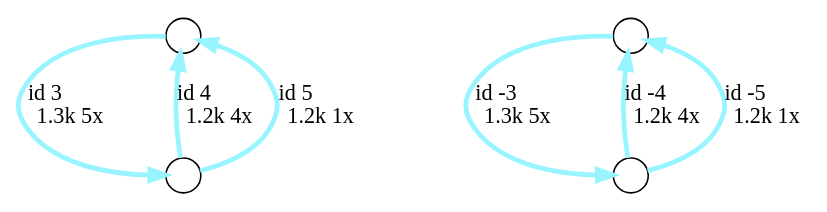
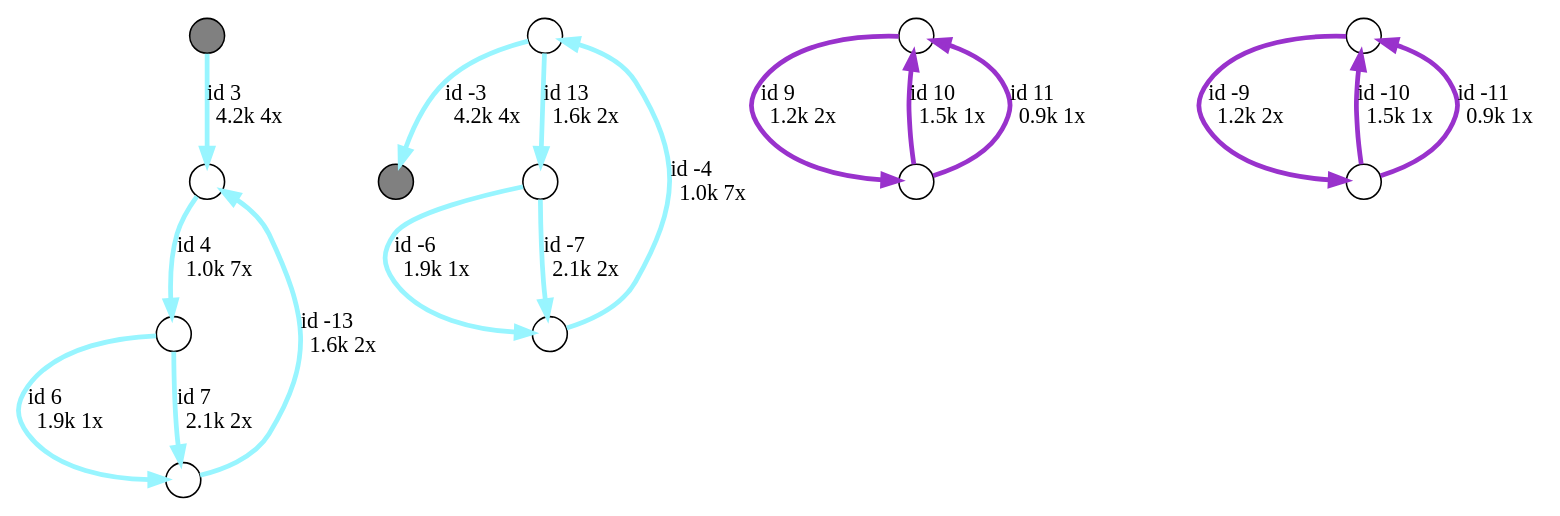
Before and after one commit to GuillaumeLeBerreBIT/ChimereNanoporePipeline: the diagram in workflow/FlyeResults/fastq_runid_211/20-repeat/graph_before_rr.gv, drawn with Graphviz. The commit also changed 33 other files, not shown here.

```diff
--- a/workflow/FlyeResults/fastq_runid_211/20-repeat/graph_before_rr.gv
+++ b/workflow/FlyeResults/fastq_runid_211/20-repeat/graph_before_rr.gv
@@ -1,10 +1,22 @@
 digraph {
 nodesep = 0.5;
 node [shape = circle, label = "", height = 0.3];
-"0" -> "1" [label = "id 3\l1.3k 5x", color = "cadetblue1" , penwidth = 3] ;
-"2" -> "3" [label = "id -3\l1.3k 5x", color = "cadetblue1" , penwidth = 3] ;
-"1" -> "0" [label = "id 4\l1.2k 4x", color = "cadetblue1" , penwidth = 3] ;
-"3" -> "2" [label = "id -4\l1.2k 4x", color = "cadetblue1" , penwidth = 3] ;
-"1" -> "0" [label = "id 5\l1.2k 1x", color = "cadetblue1" , penwidth = 3] ;
-"3" -> "2" [label = "id -5\l1.2k 1x", color = "cadetblue1" , penwidth = 3] ;
+"0" [style = "filled", fillcolor = "grey"];
+"1" [style = "filled", fillcolor = "grey"];
+"0" -> "2" [label = "id 3\l4.2k 4x", color = "cadetblue1" , penwidth = 3] ;
+"3" -> "1" [label = "id -3\l4.2k 4x", color = "cadetblue1" , penwidth = 3] ;
+"2" -> "4" [label = "id 4\l1.0k 7x", color = "cadetblue1" , penwidth = 3] ;
+"5" -> "3" [label = "id -4\l1.0k 7x", color = "cadetblue1" , penwidth = 3] ;
+"4" -> "6" [label = "id 6\l1.9k 1x", color = "cadetblue1" , penwidth = 3] ;
+"7" -> "5" [label = "id -6\l1.9k 1x", color = "cadetblue1" , penwidth = 3] ;
+"4" -> "6" [label = "id 7\l2.1k 2x", color = "cadetblue1" , penwidth = 3] ;
+"7" -> "5" [label = "id -7\l2.1k 2x", color = "cadetblue1" , penwidth = 3] ;
+"8" -> "9" [label = "id 9\l1.2k 2x", color = "darkorchid" , penwidth = 3] ;
+"10" -> "11" [label = "id -9\l1.2k 2x", color = "darkorchid" , penwidth = 3] ;
+"9" -> "8" [label = "id 10\l1.5k 1x", color = "darkorchid" , penwidth = 3] ;
+"11" -> "10" [label = "id -10\l1.5k 1x", color = "darkorchid" , penwidth = 3] ;
+"9" -> "8" [label = "id 11\l0.9k 1x", color = "darkorchid" , penwidth = 3] ;
+"11" -> "10" [label = "id -11\l0.9k 1x", color = "darkorchid" , penwidth = 3] ;
+"3" -> "7" [label = "id 13\l1.6k 2x", color = "cadetblue1" , penwidth = 3] ;
+"6" -> "2" [label = "id -13\l1.6k 2x", color = "cadetblue1" , penwidth = 3] ;
 }
```
